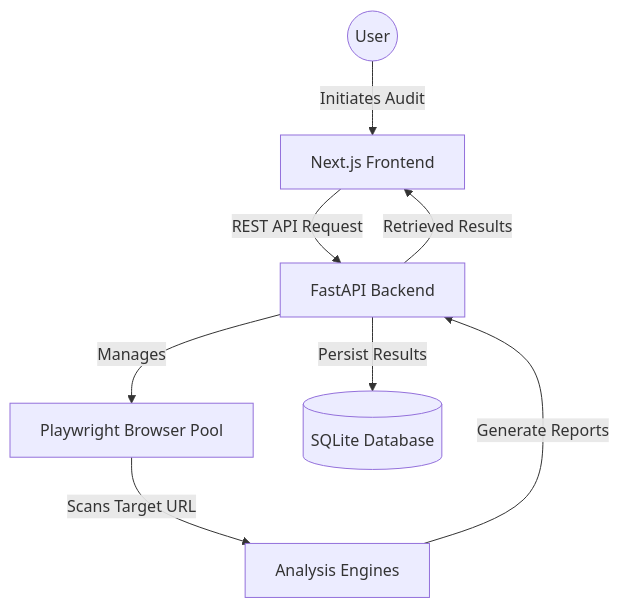
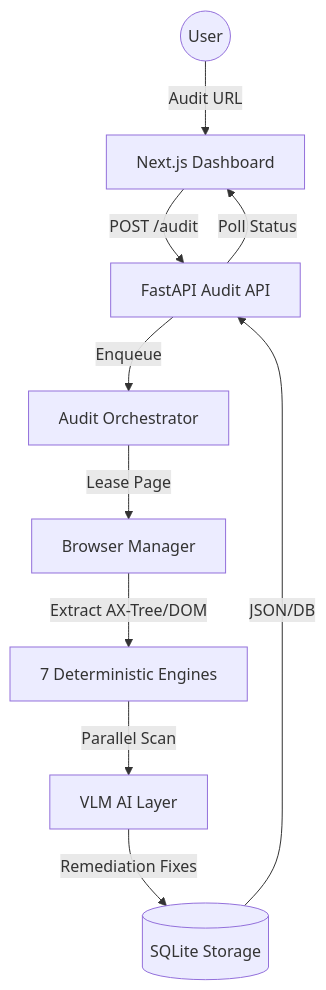
One commit to Cyberpunk-San/Accesslens changed the diagram in docs/ARCHITECTURE.md. Above: the diagram before and after it, drawn with Mermaid. The commit also changed other lines of this file and 21 other files, not shown here.

````diff
--- a/docs/ARCHITECTURE.md
+++ b/docs/ARCHITECTURE.md
@@ -9,17 +11,21 @@
 ```mermaid
 graph TD
     User((User))
-    Frontend[Next.js Frontend]
-    Backend[FastAPI Backend]
-    Browser[Playwright Browser Pool]
-    Engines[Analysis Engines]
-    DB[(SQLite Database)]
+    Frontend[Next.js Dashboard]
+    Backend[FastAPI Audit API]
+    Orchestrator[Audit Orchestrator]
+    Browser[Browser Manager]
+    Engines[7 Deterministic Engines]
+    AI[VLM AI Layer]
+    Report[(SQLite Storage)]
 
-    User -->|Initiates Audit| Frontend
-    Frontend -->|REST API Request| Backend
-    Backend -->|Manages| Browser
-    Browser -->|Scans Target URL| Engines
-    Engines -->|Generate Reports| Backend
-    Backend -->|Persist Results| DB
-    Backend -->|Retrieved Results| Frontend
+    User -->|Audit URL| Frontend
+    Frontend -->|POST /audit| Backend
+    Backend -->|Enqueue| Orchestrator
+    Orchestrator -->|Lease Page| Browser
+    Browser -->|Extract AX-Tree/DOM| Engines
+    Engines -->|Parallel Scan| AI
+    AI -->|Remediation Fixes| Report
+    Report -->|JSON/DB| Backend
+    Backend -->|Poll Status| Frontend
 ```
````
